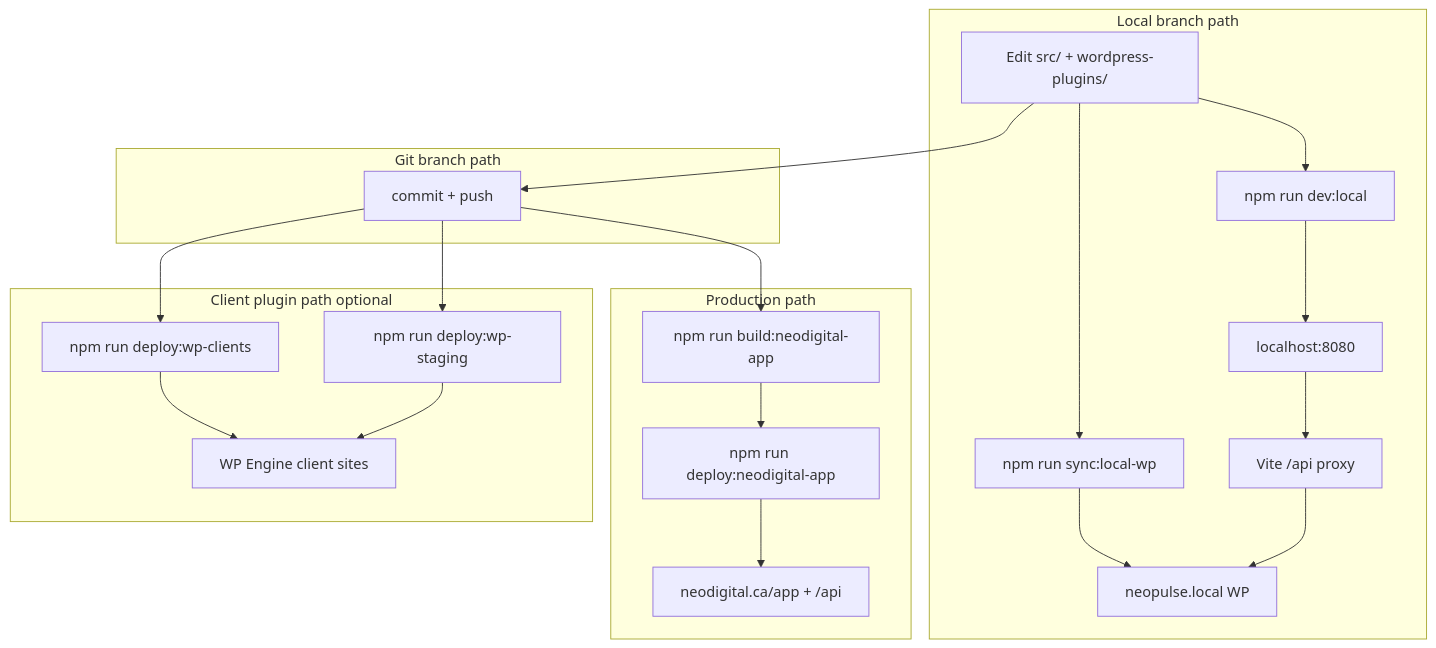
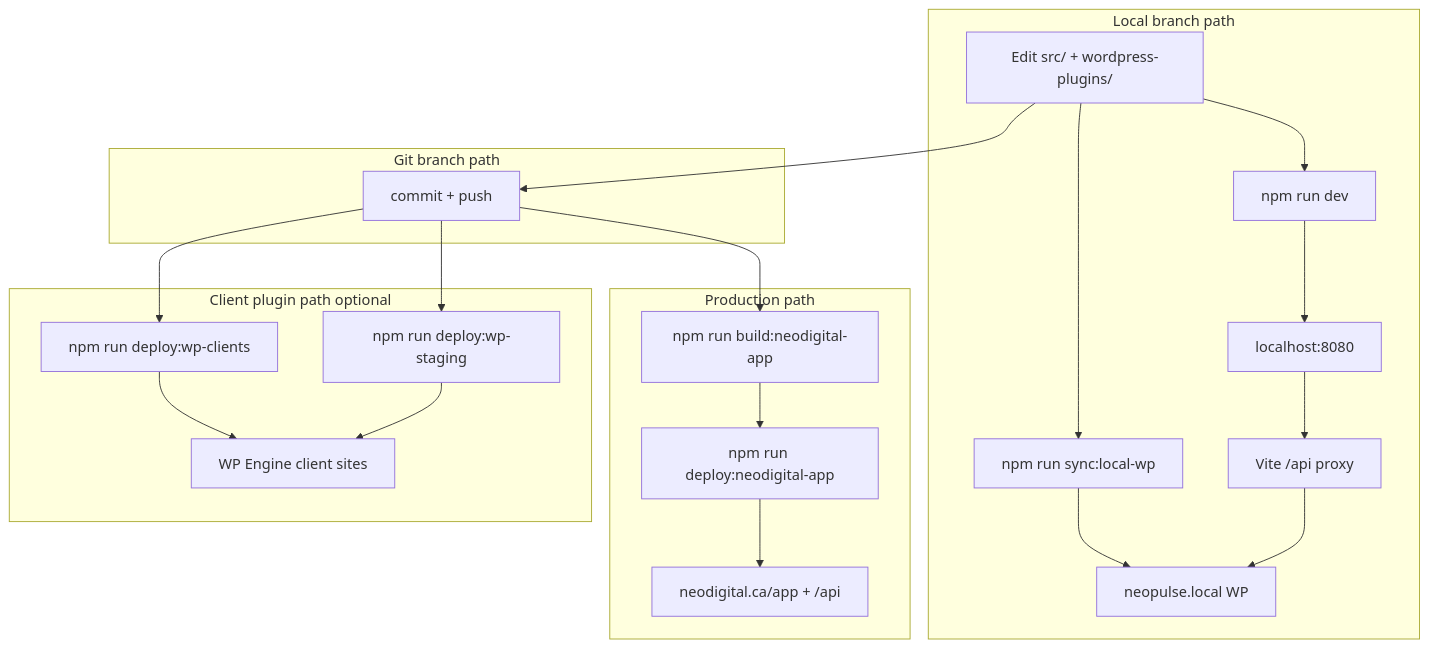
One commit to neodigitalca/Google-Ads changed the diagram in docs/deploy-local-branching-pathway.md. Above: the diagram before and after it, drawn with Mermaid. The commit also changed other lines of this file and 34 other files, not shown here.

First line of the commit message:
Unify local dev and add three pipeline agent model pickers.

````diff
--- a/docs/deploy-local-branching-pathway.md
+++ b/docs/deploy-local-branching-pathway.md
@@ -26,34 +26,34 @@
 ```mermaid
 flowchart TB
   subgraph local [Local branch path]
     Edit["Edit src/ + wordpress-plugins/"]
-    DevLocal["npm run dev:local"]
+    DevLocal["npm run dev"]
     Vite["localhost:8080"]
     Proxy["Vite /api proxy"]
     WPLocal["neopulse.local WP"]
     Edit --> DevLocal --> Vite
     Vite --> Proxy --> WPLocal
     Sync["npm run sync:local-wp"]
     Edit --> Sync --> WPLocal
   end
 
   subgraph git [Git branch path]
     Commit["commit + push"]
     Edit --> Commit
   end
 
   subgraph prod [Production path]
     Build["npm run build:neodigital-app"]
     Deploy["npm run deploy:neodigital-app"]
     Neo["neodigital.ca/app + /api"]
     Commit --> Build --> Deploy --> Neo
   end
 
   subgraph clients [Client plugin path optional]
     WpStaging["npm run deploy:wp-staging"]
     WpClients["npm run deploy:wp-clients"]
     ClientSites["WP Engine client sites"]
     Commit --> WpStaging --> ClientSites
     Commit --> WpClients --> ClientSites
   end
 ```
````
